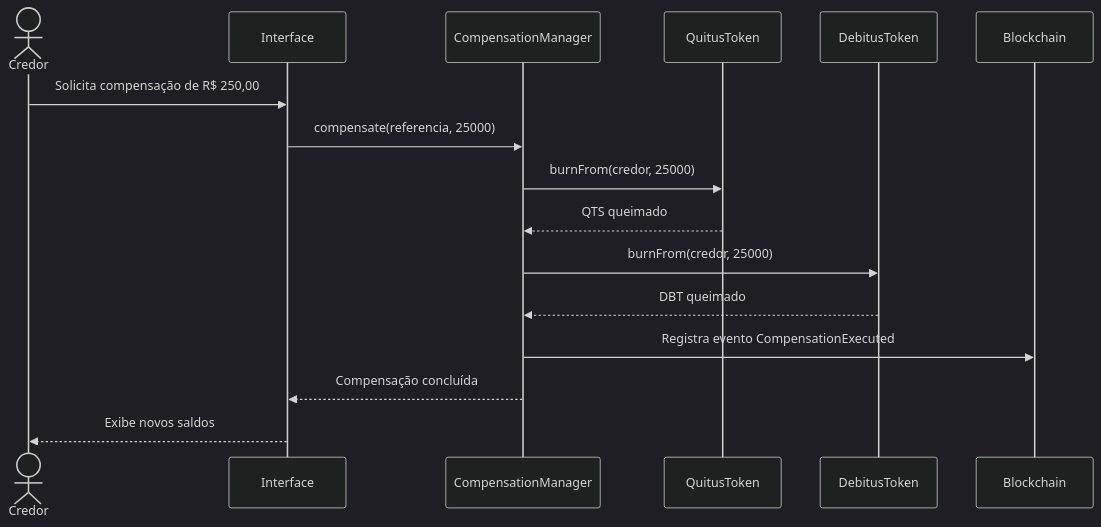
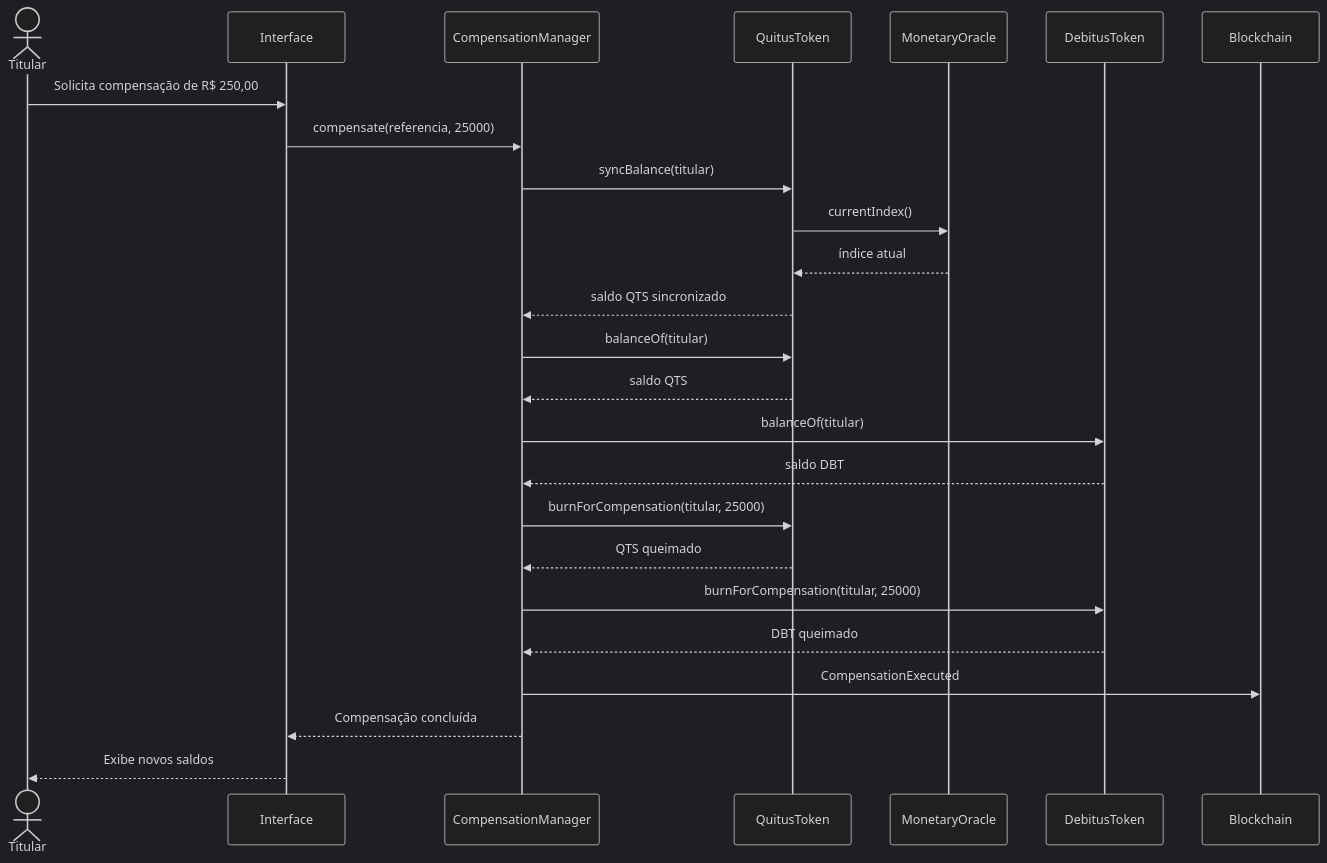
One commit to Victor-droid165/blockchain changed the diagram in Lab4/docs/fluxo-compensacao.md. Above: the diagram before and after it, drawn with Mermaid (dark theme). The commit also changed other lines of this file and 4 other files, not shown here.

Commit message:
docs(lab4): sincroniza diagramas com implementacao atual

````diff
--- a/Lab4/docs/fluxo-compensacao.md
+++ b/Lab4/docs/fluxo-compensacao.md
@@ -3,22 +5,33 @@
 ```mermaid
 sequenceDiagram
-    actor Credor
+    actor Titular
     participant Interface
     participant Manager as CompensationManager
     participant QTS as QuitusToken
+    participant Oracle as MonetaryOracle
     participant DBT as DebitusToken
     participant Blockchain
 
-    Credor->>Interface: Solicita compensação de R$ 250,00
+    Titular->>Interface: Solicita compensação de R$ 250,00
     Interface->>Manager: compensate(referencia, 25000)
 
-    Manager->>QTS: burnFrom(credor, 25000)
+    Manager->>QTS: syncBalance(titular)
+    QTS->>Oracle: currentIndex()
+    Oracle-->>QTS: índice atual
+    QTS-->>Manager: saldo QTS sincronizado
+
+    Manager->>QTS: balanceOf(titular)
+    QTS-->>Manager: saldo QTS
+    Manager->>DBT: balanceOf(titular)
+    DBT-->>Manager: saldo DBT
+
+    Manager->>QTS: burnForCompensation(titular, 25000)
     QTS-->>Manager: QTS queimado
 
-    Manager->>DBT: burnFrom(credor, 25000)
+    Manager->>DBT: burnForCompensation(titular, 25000)
     DBT-->>Manager: DBT queimado
 
-    Manager->>Blockchain: Registra evento CompensationExecuted
+    Manager->>Blockchain: CompensationExecuted
     Manager-->>Interface: Compensação concluída
-    Interface-->>Credor: Exibe novos saldos
+    Interface-->>Titular: Exibe novos saldos
 ```
````
